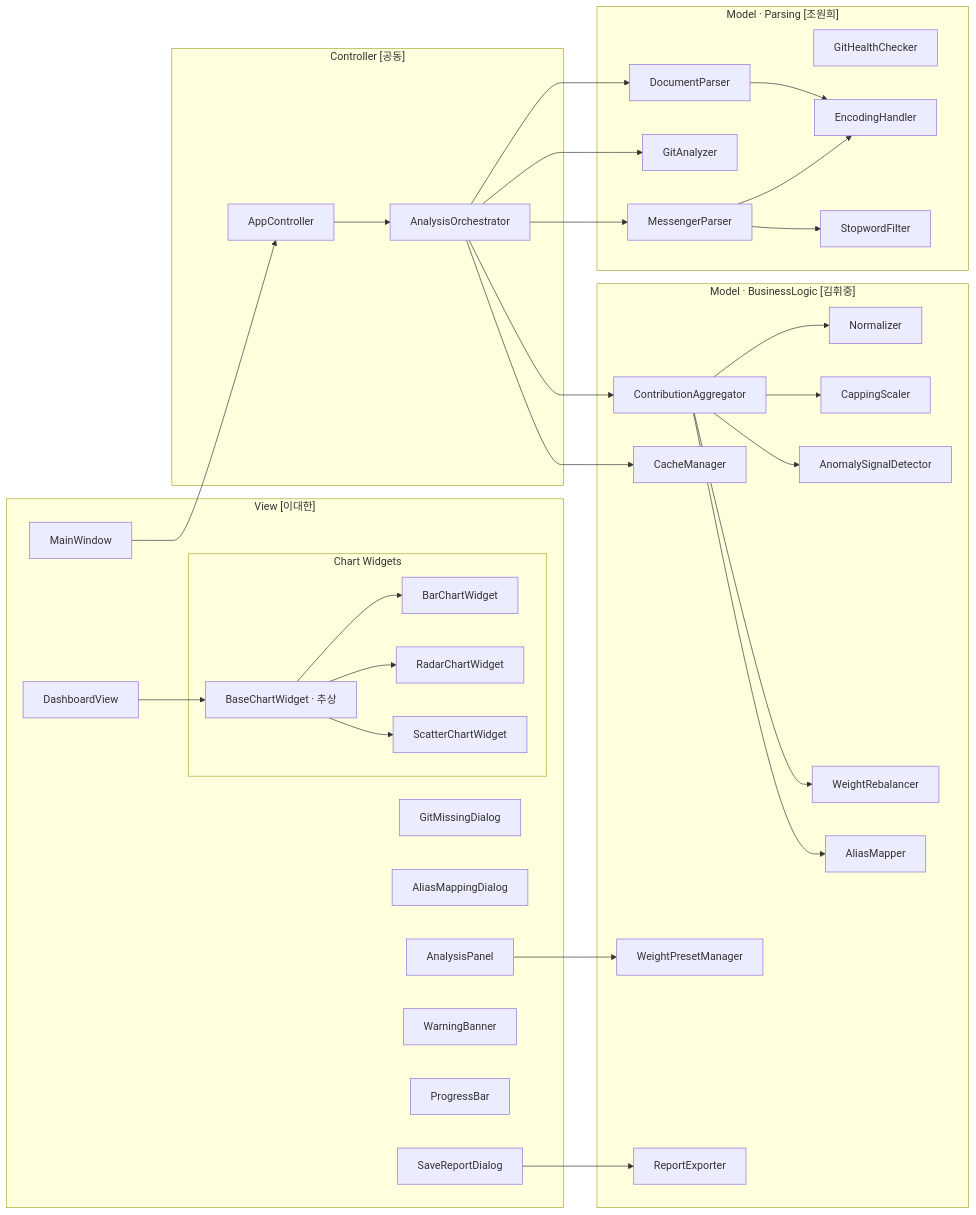
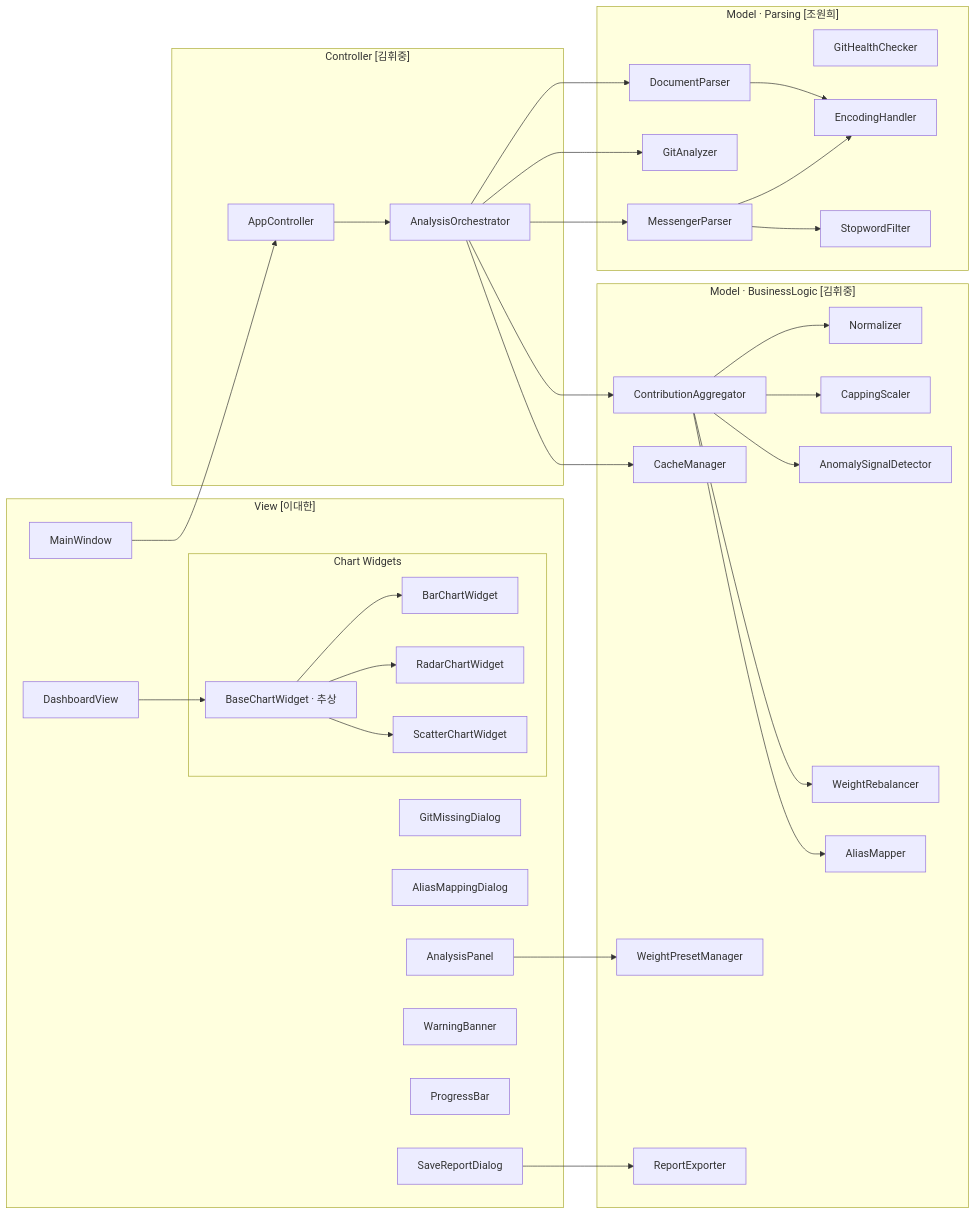
The second of 6 diagrams in docs/02-design-planning/architecture-overview.md (Eucliwood32/Software_Engineering_mirae), drawn with Mermaid before and after one commit. The commit also changed other lines of this file, not shown here.

First line of the commit message:
Update architecture-overview.md

````diff
--- a/docs/02-design-planning/architecture-overview.md
+++ b/docs/02-design-planning/architecture-overview.md
@@ -96,56 +96,56 @@
 ```mermaid
 flowchart LR
     subgraph V["View [이대한]"]
         MW[MainWindow]
         GMD[GitMissingDialog]
         AMD[AliasMappingDialog]
         AP[AnalysisPanel]
         DV[DashboardView]
         WB[WarningBanner]
         PB[ProgressBar]
         SRD[SaveReportDialog]
         subgraph CH["Chart Widgets"]
             BCW[BaseChartWidget · 추상]
             BAR[BarChartWidget]
             RAD[RadarChartWidget]
             SCT[ScatterChartWidget]
         end
     end
 
-    subgraph C["Controller [공동]"]
+    subgraph C["Controller [김휘중]"]
         AC[AppController]
         AO[AnalysisOrchestrator]
     end
 
     subgraph MP["Model · Parsing [조원희]"]
         DP[DocumentParser]
         GA[GitAnalyzer]
         GHC[GitHealthChecker]
         MSP[MessengerParser]
         SF[StopwordFilter]
         EH[EncodingHandler]
     end
 
     subgraph MB["Model · BusinessLogic [김휘중]"]
         NM[Normalizer]
         CS[CappingScaler]
         ASD[AnomalySignalDetector]
         WPM[WeightPresetManager]
         WR[WeightRebalancer]
         AM[AliasMapper]
         CA[ContributionAggregator]
         CM[CacheManager]
         RE[ReportExporter]
     end
 
     MW --> AC
     AC --> AO
     AO --> DP & GA & MSP & CA & CM
     DP --> EH
     MSP --> EH & SF
     CA --> NM & CS & ASD & WR & AM
     AP --> WPM
     BCW --> BAR & RAD & SCT
     DV --> BCW
     SRD --> RE
 ```
````
